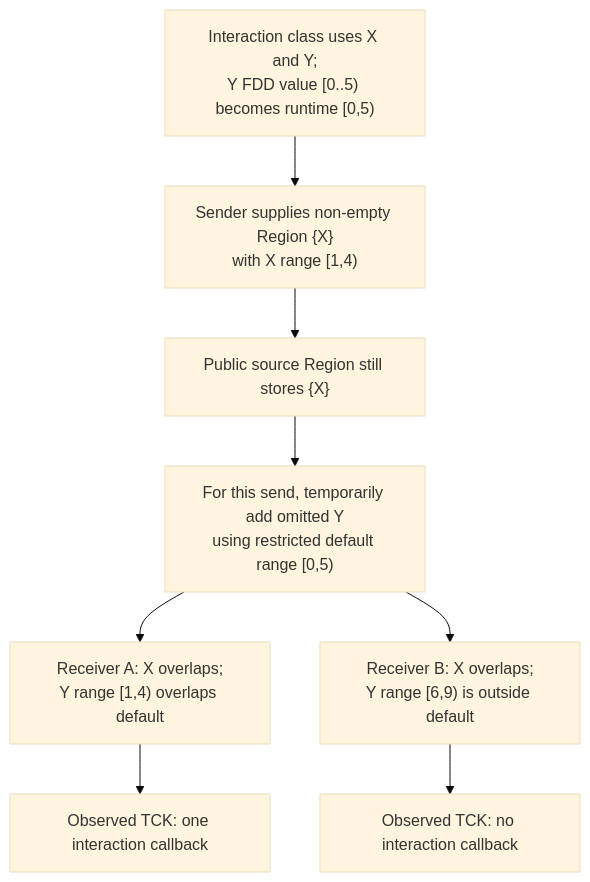
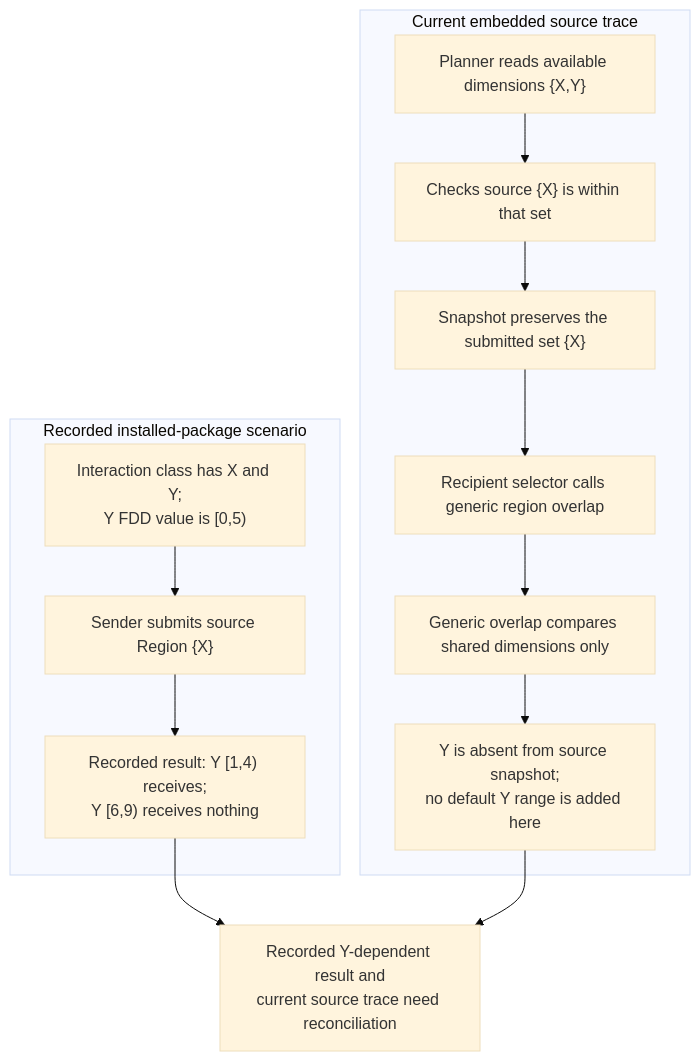
Diagram 27 of 36 in docs/design/HLA-2025-DATA-DISTRIBUTION-AND-REGIONS-FLOW-GUIDE.md (sheepfling/umbra), drawn with Mermaid (base theme) before and after one commit. The commit also changed other lines of this file and 36 other files, not shown here.

````diff
--- a/docs/design/HLA-2025-DATA-DISTRIBUTION-AND-REGIONS-FLOW-GUIDE.md
+++ b/docs/design/HLA-2025-DATA-DISTRIBUTION-AND-REGIONS-FLOW-GUIDE.md
@@ -2146,14 +2203,22 @@
 ```mermaid
-flowchart TD
-  FDD["Interaction class uses X and Y;<br/>Y FDD value [0..5) becomes runtime [0,5)"]
-  SOURCE["Sender supplies non-empty Region {X}<br/>with X range [1,4)"]
-  KEEP["Public source Region still stores {X}"]
-  PROJECT["For this send, temporarily add omitted Y<br/>using restricted default range [0,5)"]
-  IN["Receiver A: X overlaps;<br/>Y range [1,4) overlaps default"]
-  OUT["Receiver B: X overlaps;<br/>Y range [6,9) is outside default"]
-  DELIVER["Observed TCK: one interaction callback"]
-  SUPPRESS["Observed TCK: no interaction callback"]
-  FDD --> SOURCE --> KEEP --> PROJECT
-  PROJECT --> IN --> DELIVER
-  PROJECT --> OUT --> SUPPRESS
+flowchart TB
+  subgraph PACKAGE["Recorded installed-package scenario"]
+    FDD["Interaction class has X and Y;<br/>Y FDD value is [0,5)"]
+    SOURCE["Sender submits source Region {X}"]
+    OBSERVED["Recorded result: Y [1,4) receives;<br/>Y [6,9) receives nothing"]
+    FDD --> SOURCE --> OBSERVED
+  end
+
+  subgraph WORKTREE["Current embedded source trace"]
+    AVAILABLE["Planner reads available dimensions {X,Y}"]
+    VALIDATE["Checks source {X} is within that set"]
+    SNAPSHOT["Snapshot preserves the submitted set {X}"]
+    OVERLAP["Recipient selector calls generic region overlap"]
+    SHARED["Generic overlap compares shared dimensions only"]
+    NOY["Y is absent from source snapshot;<br/>no default Y range is added here"]
+    AVAILABLE --> VALIDATE --> SNAPSHOT --> OVERLAP --> SHARED --> NOY
+  end
+
+  OBSERVED --> MISMATCH["Recorded Y-dependent result and<br/>current source trace need reconciliation"]
+  NOY --> MISMATCH
 ```
````
